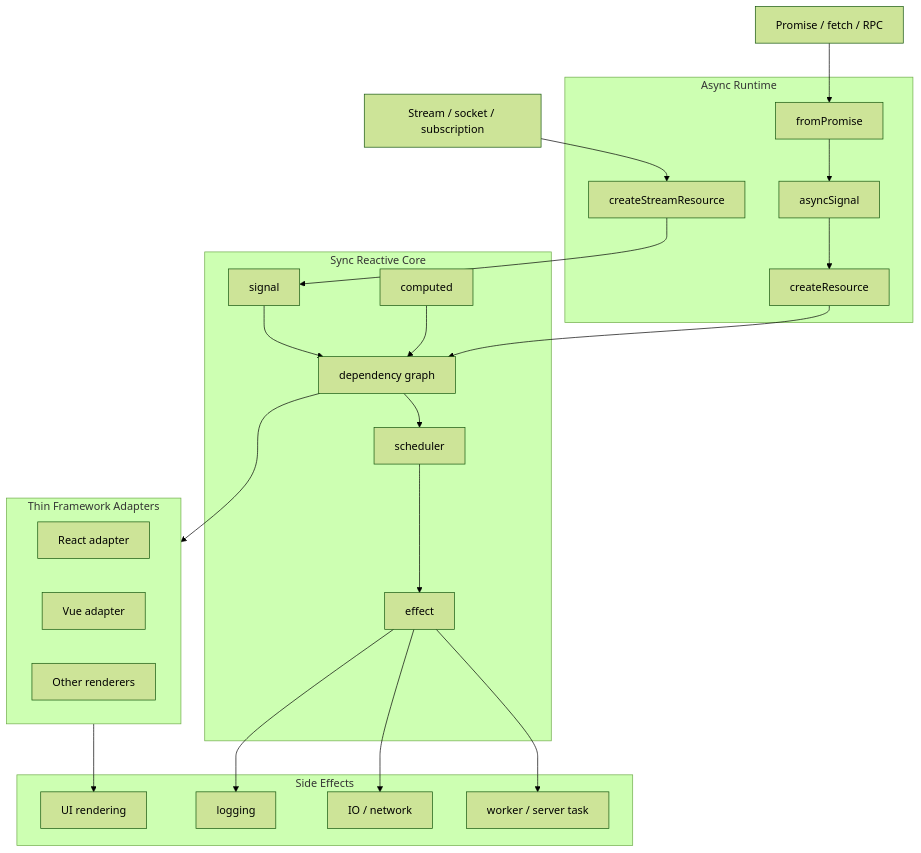
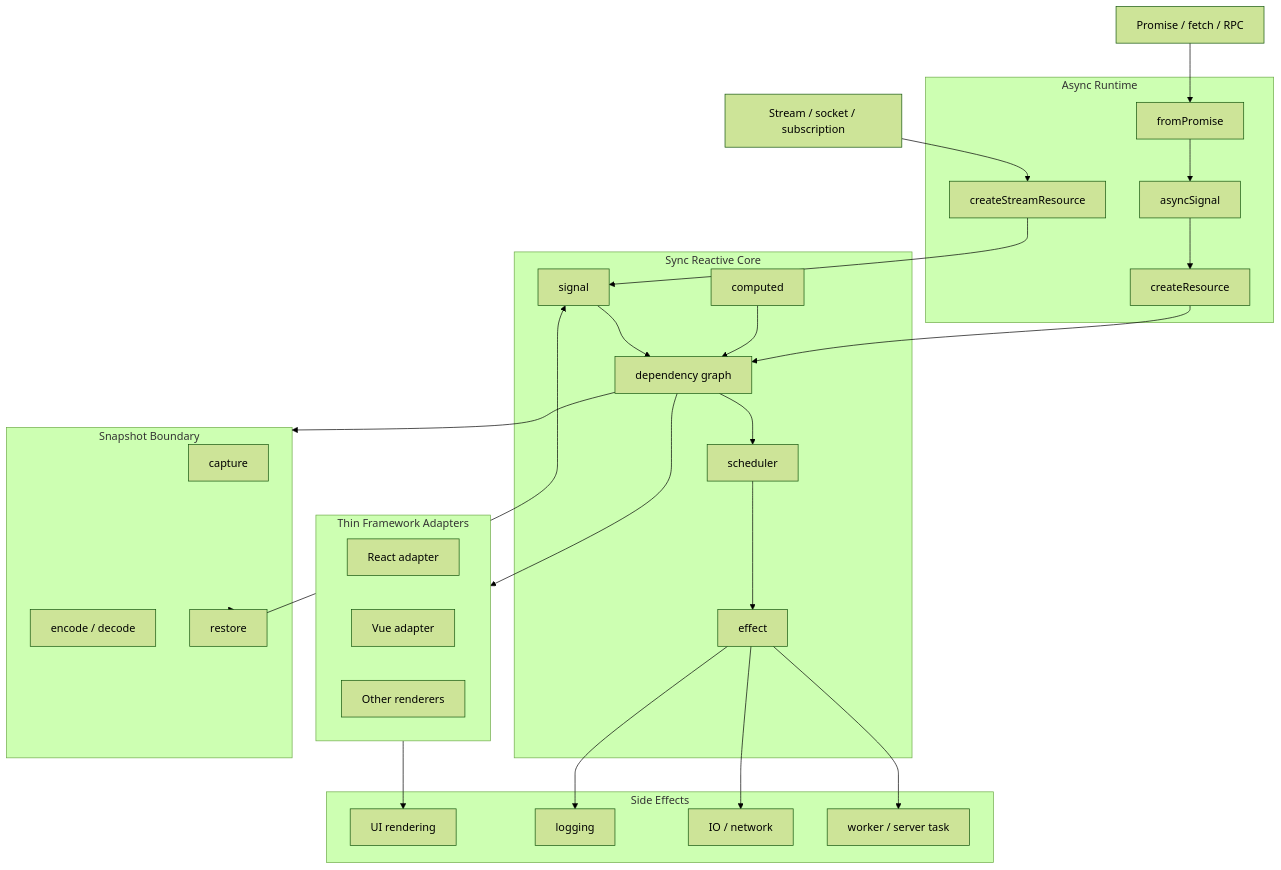
One commit to Luciano0322/signal-kernel changed the diagram in README.md. Above: the diagram before and after it, drawn with Mermaid (forest theme). The commit also changed other lines of this file, not shown here.

````diff
--- a/README.md
+++ b/README.md
@@ -249,49 +256,59 @@
 ```mermaid
 flowchart TD
     subgraph CORE["Sync Reactive Core"]
         S[signal]
         C[computed]
         E[effect]
         G[dependency graph]
         SCH[scheduler]
     end
 
     subgraph ASYNC["Async Runtime"]
         FP[fromPromise]
         AS[asyncSignal]
         RES[createResource]
         STR[createStreamResource]
     end
 
     subgraph ADAPTERS["Thin Framework Adapters"]
         R[React adapter]
         V[Vue adapter]
         O[Other renderers]
+    end
+
+    subgraph SNAPSHOT["Snapshot Boundary"]
+        CAP[capture]
+        ENC[encode / decode]
+        REST[restore]
     end
 
     subgraph EFFECTS["Side Effects"]
         UI[UI rendering]
         LOG[logging]
         IO[IO / network]
         WORKER[worker / server task]
     end
 
     P[Promise / fetch / RPC] --> FP
     ST[Stream / socket / subscription] --> STR
 
     FP --> AS --> RES
     STR --> S
 
     S --> G
     C --> G
     RES --> G
     G --> SCH
     SCH --> E
 
     E --> LOG
     E --> IO
     E --> WORKER
 
+    G --> SNAPSHOT
+    SNAPSHOT --> REST
+    REST --> S
+
     G --> ADAPTERS
     ADAPTERS --> UI
 ```
````
